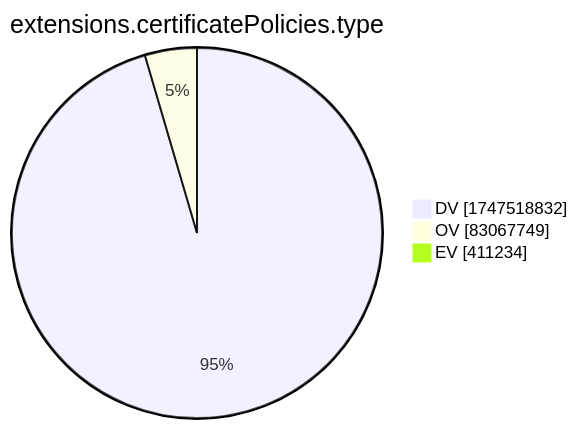
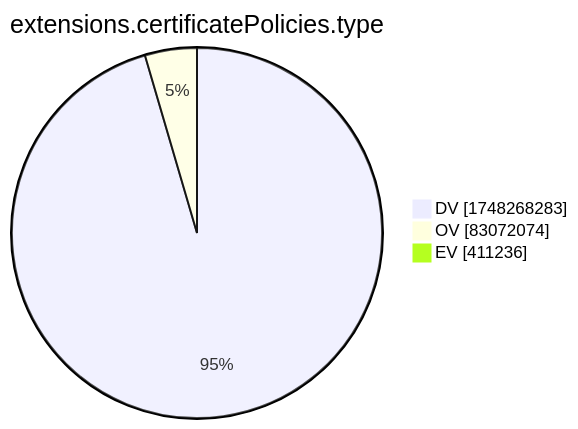
The tenth of 15 diagrams in xenon2022/README.md (christiankrug/ctmonitor_visualization), drawn with Mermaid before and after one commit. The commit also changed other lines of this file, not shown here.

````diff
--- a/xenon2022/README.md
+++ b/xenon2022/README.md
@@ -2881,7 +2881,7 @@
 ```mermaid
 pie showData
 title extensions.certificatePolicies.type
-"DV" :1747518832
-"OV" :83067749
-"EV" :411234
+"DV" :1748268283
+"OV" :83072074
+"EV" :411236
 ```
````
